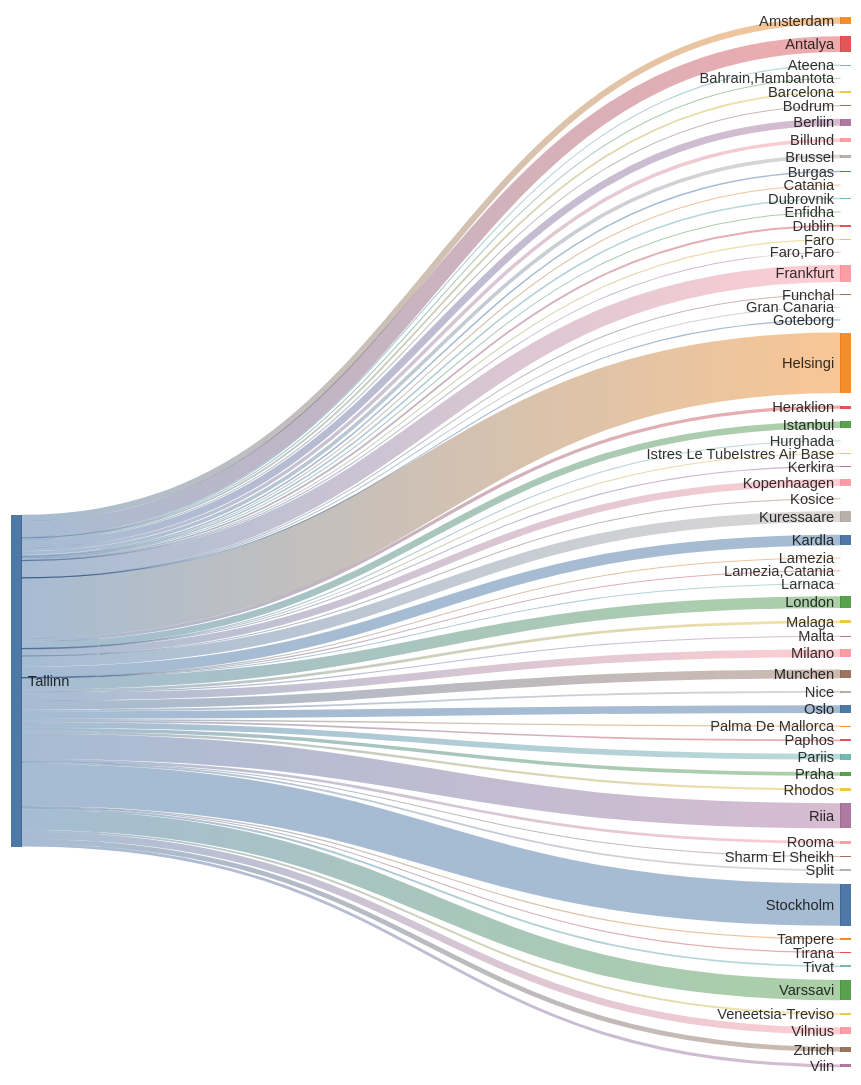
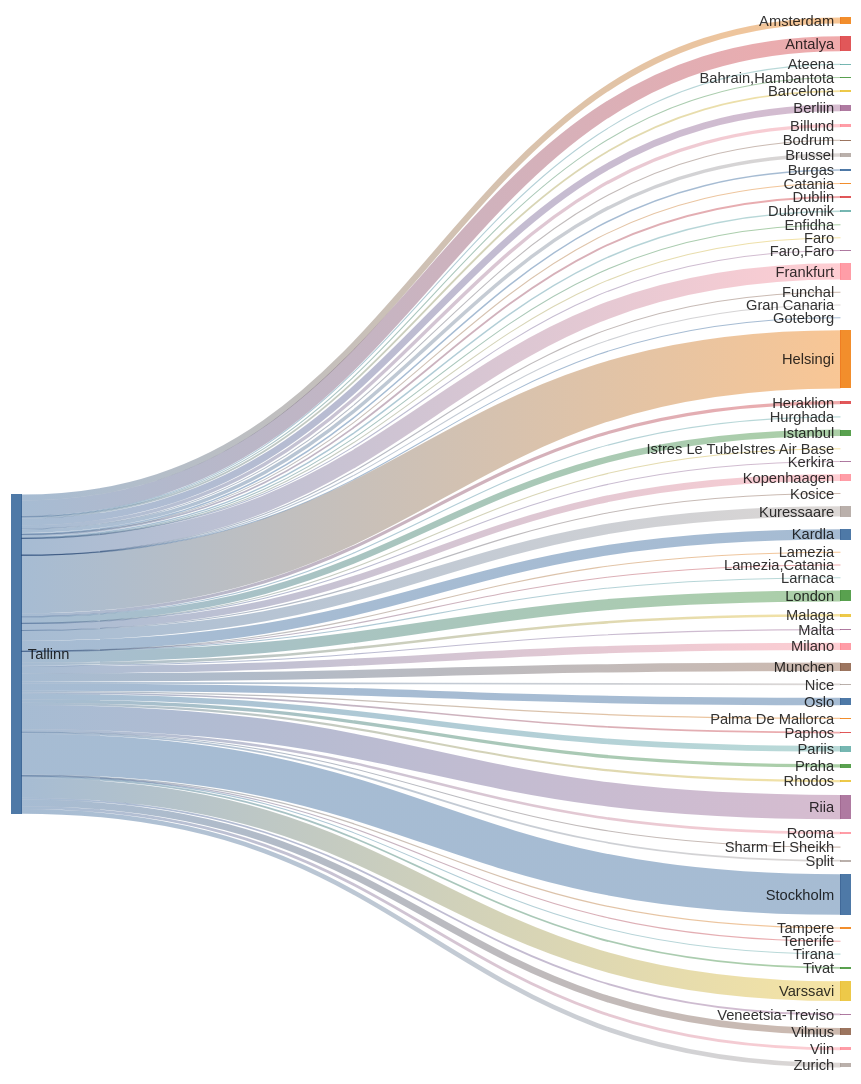
Before and after one commit to rainermesi/tll-airport-departures: the second of 2 diagrams in README.md, drawn with Mermaid. The commit also changed other lines of this file, not shown here.

````diff
--- a/README.md
+++ b/README.md
@@ -34,71 +34,72 @@
 ```mermaid
 ---
 config:
   sankey:
     showValues: false
     width: 800
     height: 1000
 ---
 sankey-beta
 %% source,target,value
-Tallinn,Amsterdam,87
-Tallinn,Antalya,218
+Tallinn,Amsterdam,89
+Tallinn,Antalya,220
 Tallinn,Ateena,15
 Tallinn,"Bahrain,Hambantota",1
 Tallinn,Barcelona,26
-Tallinn,Berliin,98
+Tallinn,Berliin,99
 Tallinn,Billund,49
 Tallinn,Bodrum,11
-Tallinn,Brussel,50
+Tallinn,Brussel,51
 Tallinn,Burgas,21
 Tallinn,Catania,2
-Tallinn,Dublin,25
+Tallinn,Dublin,26
 Tallinn,Dubrovnik,21
 Tallinn,Enfidha,7
 Tallinn,Faro,4
 Tallinn,"Faro,Faro",1
-Tallinn,Frankfurt,237
-Tallinn,Funchal,1
+Tallinn,Frankfurt,240
+Tallinn,Funchal,2
 Tallinn,Gran Canaria,1
 Tallinn,Goteborg,1
-Tallinn,Helsingi,838
+Tallinn,Helsingi,847
 Tallinn,Heraklion,46
 Tallinn,Hurghada,3
-Tallinn,Istanbul,92
+Tallinn,Istanbul,94
 Tallinn,Istres Le TubeIstres Air Base,2
 Tallinn,Kerkira,4
-Tallinn,Kopenhaagen,97
+Tallinn,Kopenhaagen,98
 Tallinn,Kosice,1
-Tallinn,Kuressaare,149
-Tallinn,Kardla,149
+Tallinn,Kuressaare,151
+Tallinn,Kardla,151
 Tallinn,Lamezia,1
 Tallinn,"Lamezia,Catania",3
 Tallinn,Larnaca,3
-Tallinn,London,160
+Tallinn,London,161
 Tallinn,Malaga,37
 Tallinn,Malta,13
-Tallinn,Milano,106
+Tallinn,Milano,107
 Tallinn,Munchen,121
 Tallinn,Nice,25
-Tallinn,Oslo,106
+Tallinn,Oslo,107
 Tallinn,Palma De Mallorca,19
-Tallinn,Paphos,24
-Tallinn,Pariis,80
+Tallinn,Paphos,25
+Tallinn,Pariis,81
 Tallinn,Praha,49
 Tallinn,Rhodos,32
-Tallinn,Riia,349
+Tallinn,Riia,353
 Tallinn,Rooma,38
 Tallinn,Sharm El Sheikh,5
 Tallinn,Split,25
-Tallinn,Stockholm,585
+Tallinn,Stockholm,592
 Tallinn,Tampere,17
+Tallinn,Tenerife,1
 Tallinn,Tirana,8
 Tallinn,Tivat,26
-Tallinn,Varssavi,283
+Tallinn,Varssavi,286
 Tallinn,Veneetsia-Treviso,26
-Tallinn,Viin,41
-Tallinn,Vilnius,98
-Tallinn,Zurich,66
+Tallinn,Viin,42
+Tallinn,Vilnius,99
+Tallinn,Zurich,67
 
 
 ```
````
